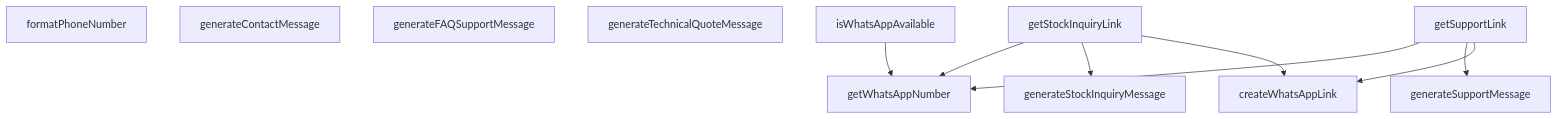
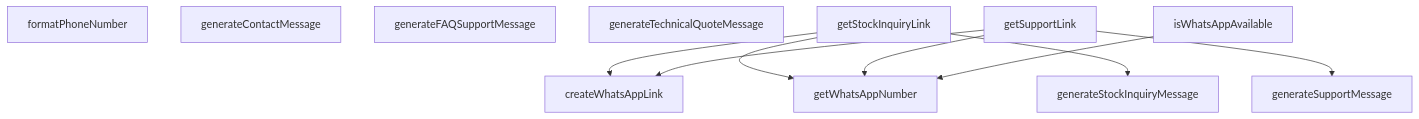
One commit to peckop/venthub-hvac-esite changed the diagram in src/utils/whatsapp.md. Above: the diagram before and after it, drawn with Mermaid. The commit also changed other lines of this file and 429 other files, not shown here.

````diff
--- a/src/utils/whatsapp.md
+++ b/src/utils/whatsapp.md
@@ -233,21 +161,21 @@
 ```mermaid
 graph TD
     whatsapp_ts__createWhatsAppLink["createWhatsAppLink"]
     whatsapp_ts__formatPhoneNumber["formatPhoneNumber"]
     whatsapp_ts__generateContactMessage["generateContactMessage"]
     whatsapp_ts__generateFAQSupportMessage["generateFAQSupportMessage"]
     whatsapp_ts__generateStockInquiryMessage["generateStockInquiryMessage"]
     whatsapp_ts__generateSupportMessage["generateSupportMessage"]
     whatsapp_ts__generateTechnicalQuoteMessage["generateTechnicalQuoteMessage"]
     whatsapp_ts__getStockInquiryLink["getStockInquiryLink"]
     whatsapp_ts__getSupportLink["getSupportLink"]
     whatsapp_ts__getWhatsAppNumber["getWhatsAppNumber"]
     whatsapp_ts__isWhatsAppAvailable["isWhatsAppAvailable"]
-    whatsapp_ts__getSupportLink --> whatsapp_ts__getWhatsAppNumber
-    whatsapp_ts__isWhatsAppAvailable --> whatsapp_ts__getWhatsAppNumber
+    whatsapp_ts__getStockInquiryLink --> whatsapp_ts__createWhatsAppLink
     whatsapp_ts__getSupportLink --> whatsapp_ts__generateSupportMessage
     whatsapp_ts__getStockInquiryLink --> whatsapp_ts__getWhatsAppNumber
+    whatsapp_ts__getSupportLink --> whatsapp_ts__createWhatsAppLink
+    whatsapp_ts__getSupportLink --> whatsapp_ts__getWhatsAppNumber
     whatsapp_ts__getStockInquiryLink --> whatsapp_ts__generateStockInquiryMessage
-    whatsapp_ts__getSupportLink --> whatsapp_ts__createWhatsAppLink
-    whatsapp_ts__getStockInquiryLink --> whatsapp_ts__createWhatsAppLink
+    whatsapp_ts__isWhatsAppAvailable --> whatsapp_ts__getWhatsAppNumber
 ```
````
